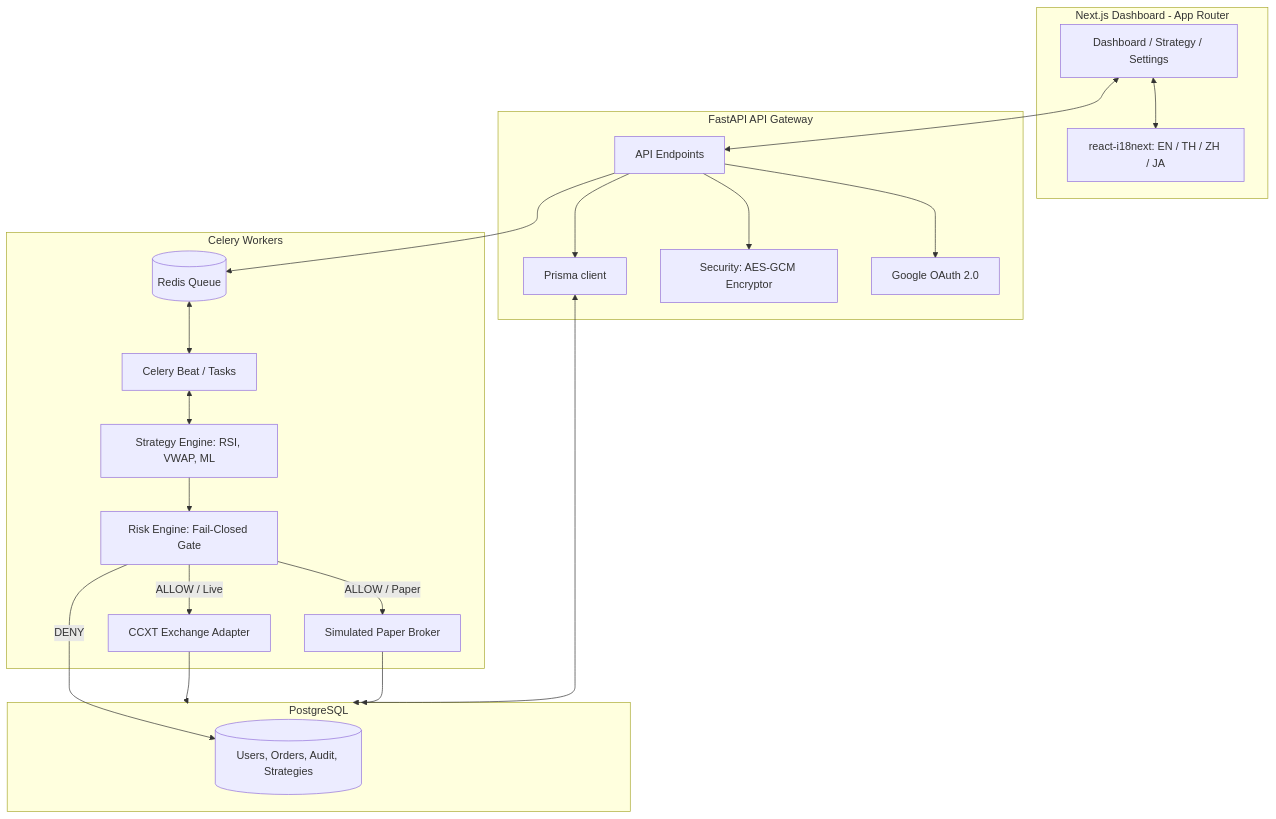
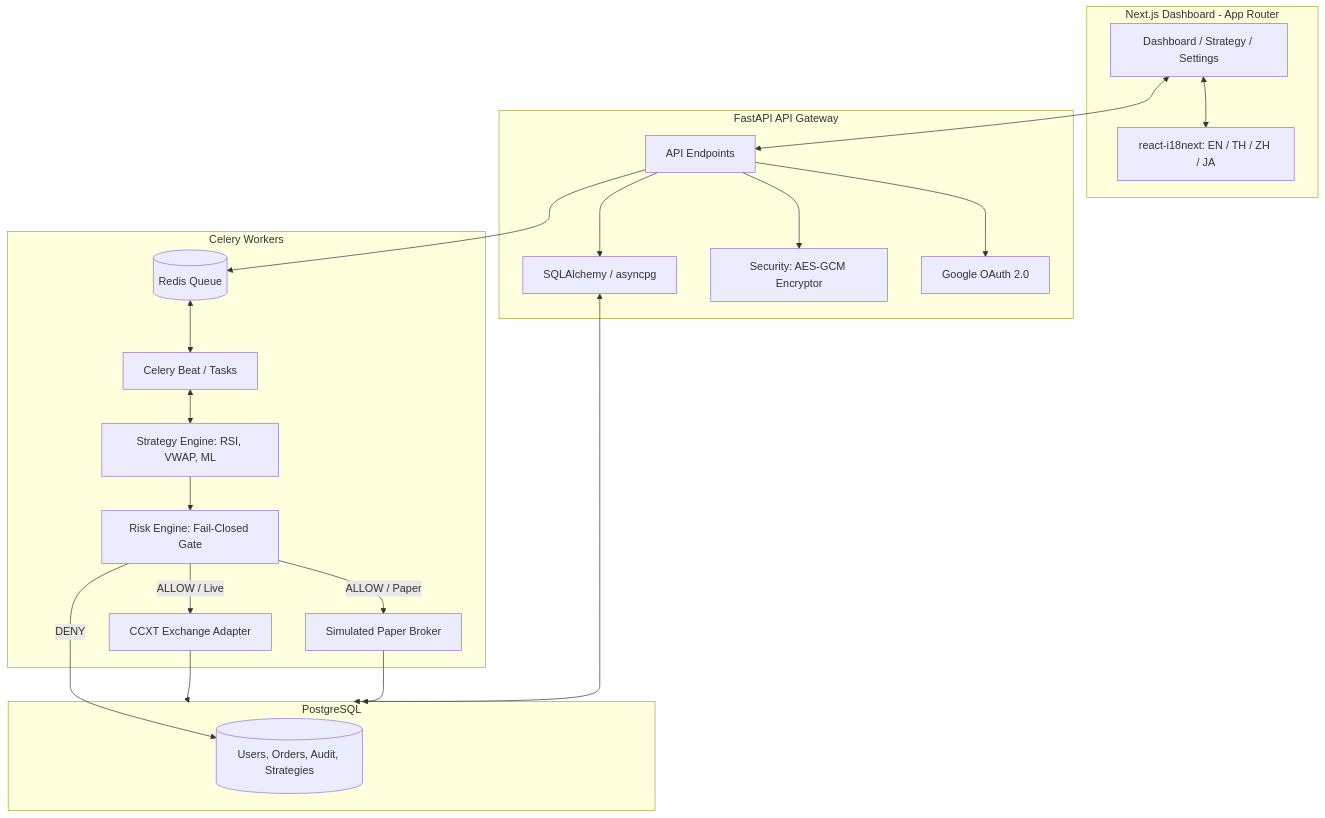
The first of 2 diagrams in docs/architecture/ZTRADER_MERGE_DESIGN.md (cvsz/zeaz-platform), drawn with Mermaid before and after one commit. The commit also changed other lines of this file, not shown here.

Commit message:
docs: replace Prisma with SQLAlchemy/PostgreSQL in ztrader design

````diff
--- a/docs/architecture/ZTRADER_MERGE_DESIGN.md
+++ b/docs/architecture/ZTRADER_MERGE_DESIGN.md
@@ -36,44 +36,44 @@
 ```mermaid
 flowchart TD
     subgraph Frontend [Next.js Dashboard - App Router]
         UI[Dashboard / Strategy / Settings]
         I18N[react-i18next: EN / TH / ZH / JA]
     end
 
     subgraph Backend [FastAPI API Gateway]
         API[API Endpoints]
         Auth[Google OAuth 2.0]
-        Prisma[Prisma client]
+        SQLAlchemy[SQLAlchemy / asyncpg]
         Crypto[Security: AES-GCM Encryptor]
     end
 
     subgraph Workers [Celery Workers]
         Queue[(Redis Queue)]
         Scheduler[Celery Beat / Tasks]
         Strategies[Strategy Engine: RSI, VWAP, ML]
         Risk[Risk Engine: Fail-Closed Gate]
         PaperBroker[Simulated Paper Broker]
         LiveBroker[CCXT Exchange Adapter]
     end
 
     subgraph Database [PostgreSQL]
         Schema[(Users, Orders, Audit, Strategies)]
     end
 
     %% Flow connections
     UI <--> I18N
     UI <--> API
     API --> Auth
     API --> Crypto
-    API --> Prisma
-    Prisma <--> Database
+    API --> SQLAlchemy
+    SQLAlchemy <--> Database
     API --> Queue
     Queue <--> Scheduler
     Scheduler <--> Strategies
     Strategies --> Risk
     Risk -- ALLOW / Paper --> PaperBroker
     Risk -- ALLOW / Live --> LiveBroker
     Risk -- DENY --> Schema
     PaperBroker --> Database
     LiveBroker --> Database
 ```
````
